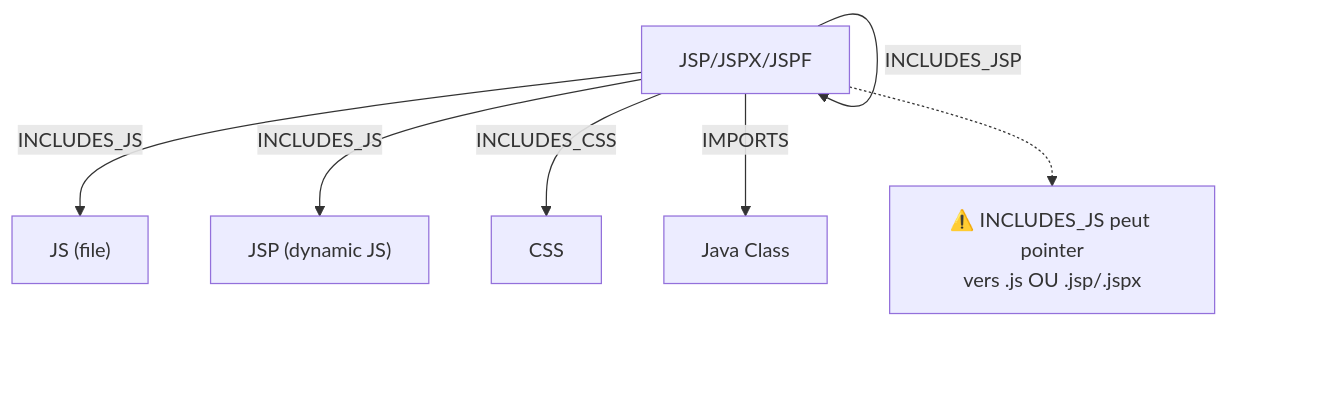
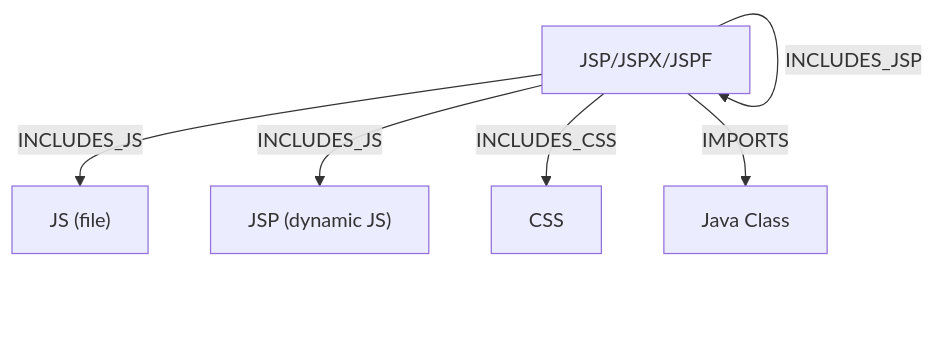
One commit to dminier/code-continuum changed the third of 4 diagrams in doc/SCHEMA.md. Above: the diagram before and after it, drawn with Mermaid. The commit also changed other lines of this file and 1 other file, not shown here.

Commit message:
Translate SCHEMA docs to English and clean up corrupted content

````diff
--- a/doc/SCHEMA.md
+++ b/doc/SCHEMA.md
@@ -53,17 +51,14 @@
 ```mermaid
 graph TD
     JSPFile["JSP/JSPX/JSPF"]
     JS_File["JS (file)"]
     JSP_Dynamic["JSP (dynamic JS)"]
     CSS_File["CSS"]
     JavaClass["Java Class"]
 
     JSPFile -->|INCLUDES_JS| JS_File
     JSPFile -->|INCLUDES_JS| JSP_Dynamic
     JSPFile -->|INCLUDES_CSS| CSS_File
     JSPFile -->|INCLUDES_JSP| JSPFile
     JSPFile -->|IMPORTS| JavaClass
-    
-    note1["⚠️ INCLUDES_JS peut pointer<br/>vers .js OU .jsp/.jspx"]
-    JSPFile -.-> note1
 ```
````
